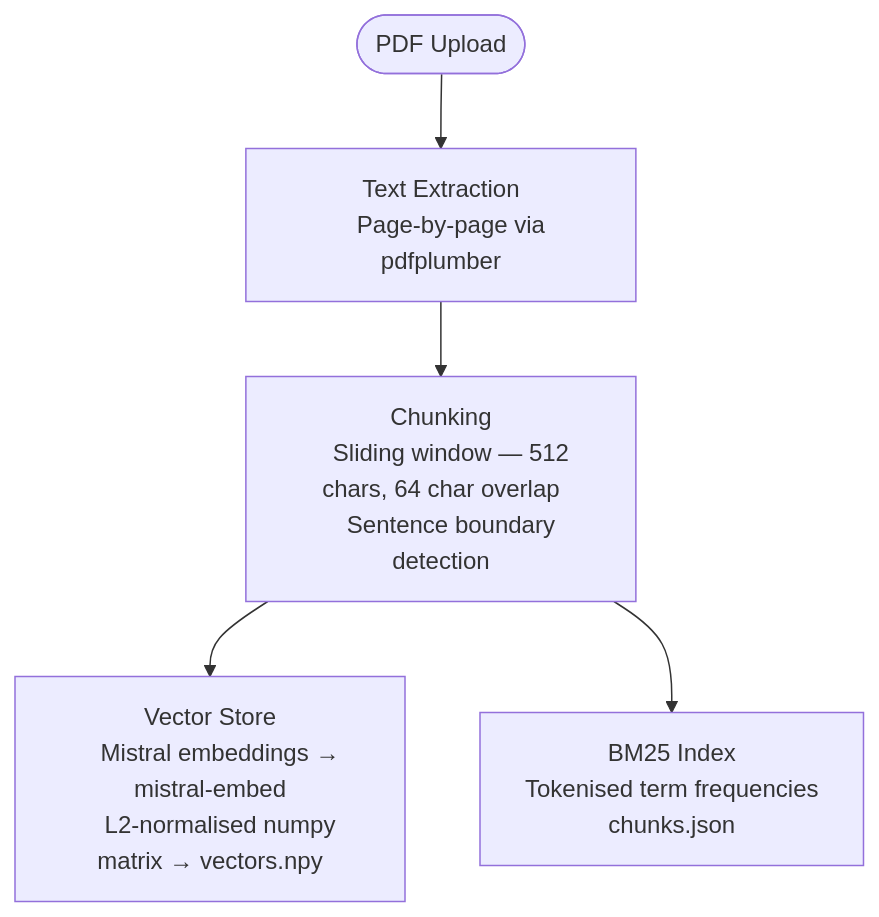
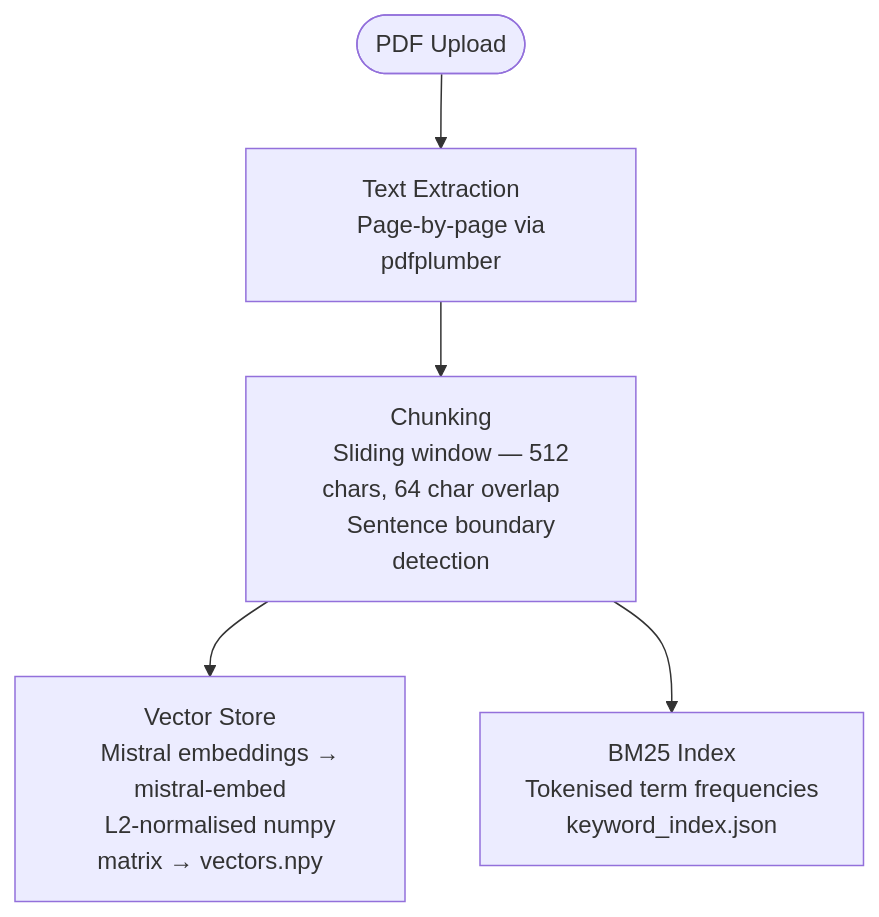
One commit to Oxywave/StackAI-RAG changed the second of 2 diagrams in README.md. Above: the diagram before and after it, drawn with Mermaid. The commit also changed other lines of this file and 5 other files, not shown here.

````diff
--- a/README.md
+++ b/README.md
@@ -113,17 +122,17 @@
 ```mermaid
 flowchart TD
     A([PDF Upload]) --> B["Text Extraction
     Page-by-page via pdfplumber"]
 
     B --> C["Chunking
     Sliding window — 512 chars, 64 char overlap
     Sentence boundary detection"]
 
     C --> D["Vector Store
     Mistral embeddings → mistral-embed
     L2-normalised numpy matrix → vectors.npy"]
 
     C --> E["BM25 Index
     Tokenised term frequencies
-    chunks.json"]
+    keyword_index.json"]
 ```
````
